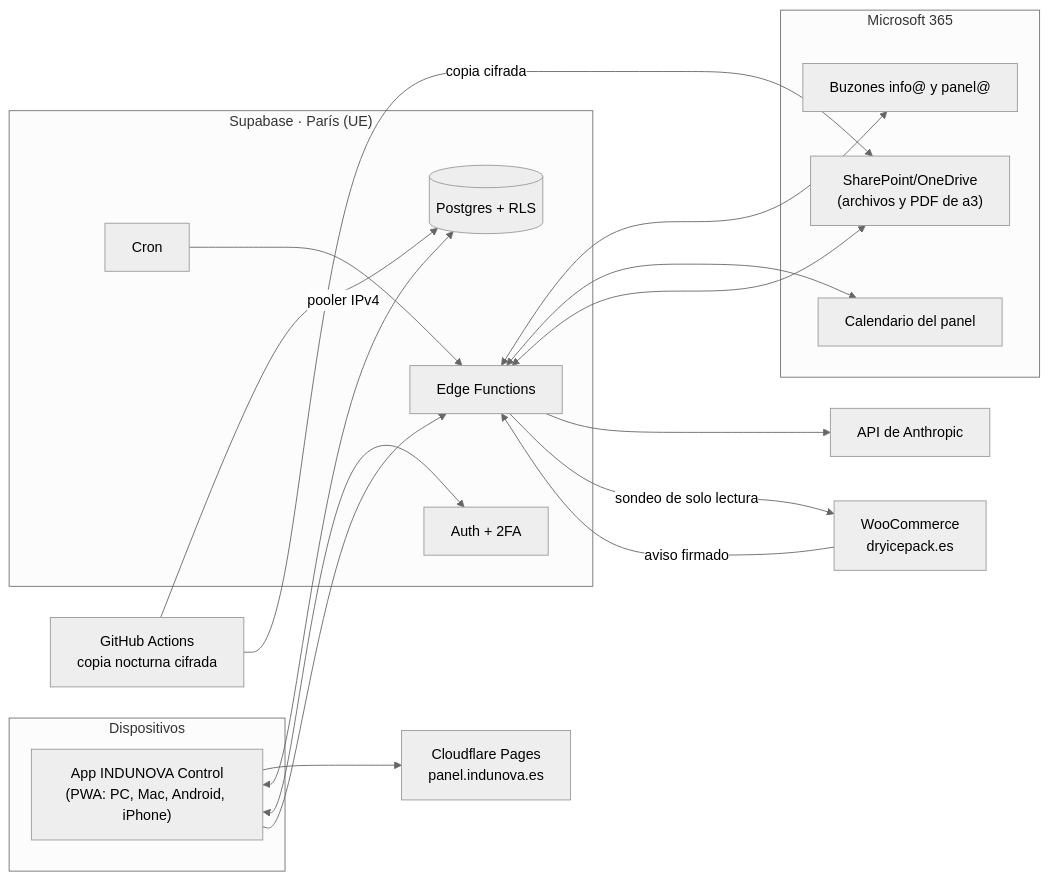
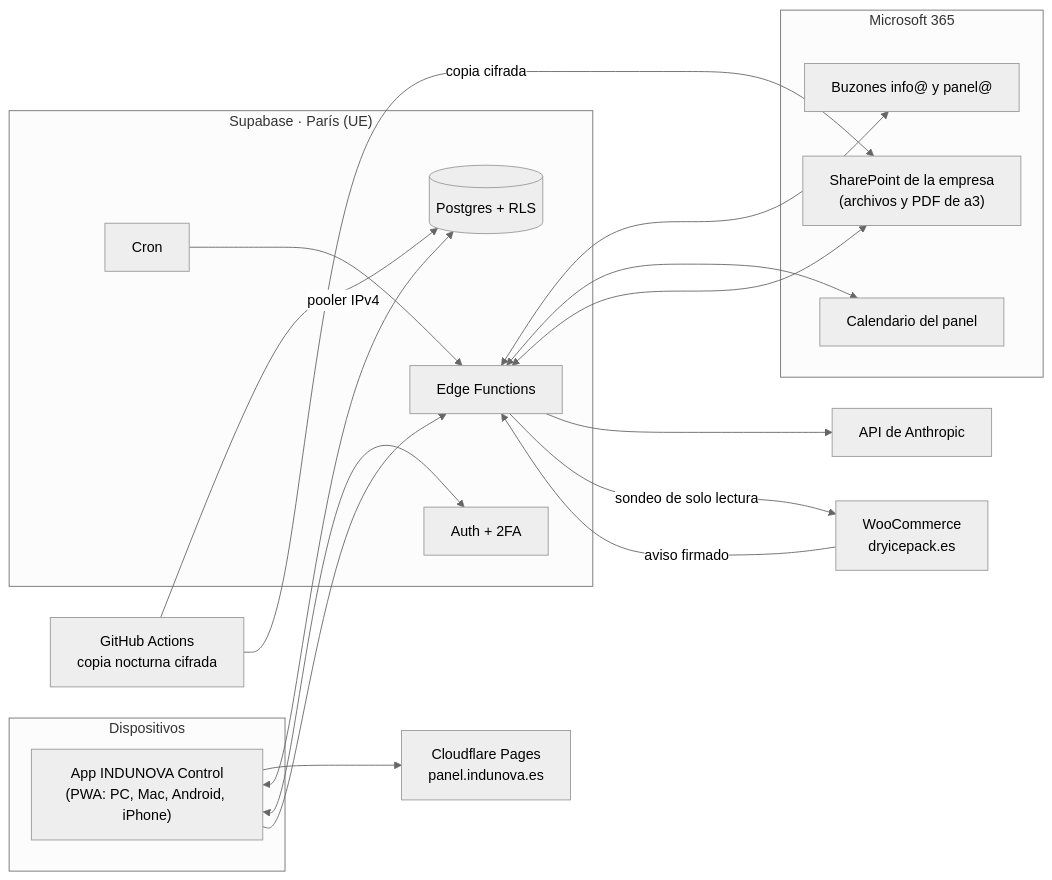
One commit to brunoplanes10-create/DRYICEPACK changed the diagram in indunova-control/PLAN.md. Above: the diagram before and after it, drawn with Mermaid (neutral theme). The commit also changed other lines of this file and 7 other files, not shown here.

````diff
--- a/indunova-control/PLAN.md
+++ b/indunova-control/PLAN.md
@@ -243,34 +283,34 @@
 ```mermaid
 flowchart LR
   subgraph Dispositivos
     PWA["App INDUNOVA Control<br/>(PWA: PC, Mac, Android, iPhone)"]
   end
   CF["Cloudflare Pages<br/>panel.indunova.es"]
   subgraph Supabase["Supabase · París (UE)"]
     DB[("Postgres + RLS")]
     AUTH["Auth + 2FA"]
     EF["Edge Functions"]
     CRON["Cron"]
   end
   subgraph M365["Microsoft 365"]
     MAIL["Buzones info@ y panel@"]
     CAL["Calendario del panel"]
-    SP["SharePoint/OneDrive<br/>(archivos y PDF de a3)"]
+    SP["SharePoint de la empresa<br/>(archivos y PDF de a3)"]
   end
   WOO["WooCommerce<br/>dryicepack.es"]
   AI["API de Anthropic"]
   GHA["GitHub Actions<br/>copia nocturna cifrada"]
   PWA --> CF
   PWA <--> DB
   PWA <--> AUTH
   PWA --> EF
   EF <--> MAIL
   EF <--> CAL
   EF <--> SP
   EF --> AI
   WOO -- aviso firmado --> EF
   EF -- sondeo de solo lectura --> WOO
   CRON --> EF
   GHA -- pooler IPv4 --> DB
   GHA -- copia cifrada --> SP
 ```
````
